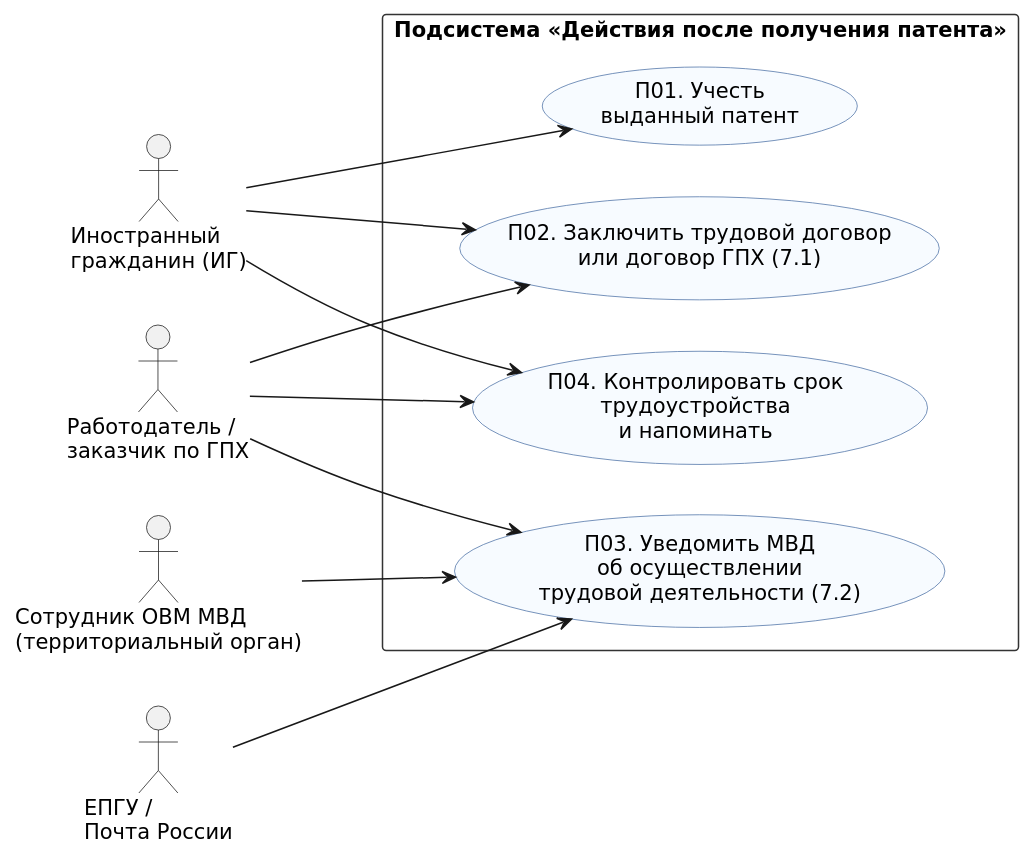
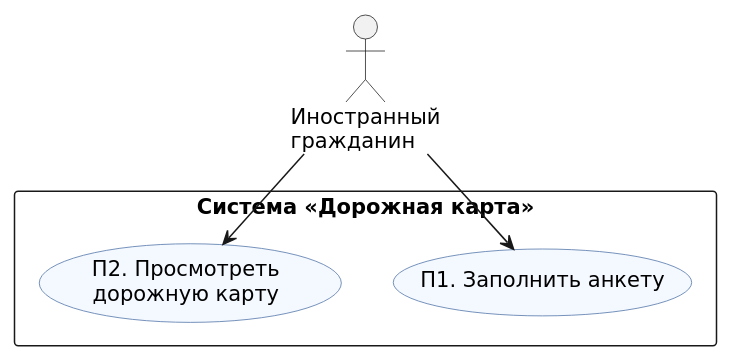
Before and after one commit to mflkee/fms-course: the diagram in lab1-usecases/usecase-diagram.puml, drawn with PlantUML. The commit also changed 10 other files, not shown here.

Commit message:
лаб. 1 (v2): 1 актор, 2 прецедента — анкета и дорожная карта, без каннибализации обязанностей

```diff
--- a/lab1-usecases/usecase-diagram.puml
+++ b/lab1-usecases/usecase-diagram.puml
@@ -1,50 +1,20 @@
 @startuml usecase-diagram
-' Диаграмма прецедентов: подсистема «Действия после получения патента» (тема 7 дорожной карты)
-' 4 прецедента (П01–П04), 4 актора (A1–A4). Отношений include/extend нет:
-' прецеденты независимы, связь между ними — только через предусловия (см. usecase-diagram.md).
-' Рендер: plantuml usecase-diagram.puml   (или расширение PlantUML в IDE)
-' Проверка: plantuml -checkonly usecase-diagram.puml
-
-left to right direction
-skinparam packageStyle rectangle
+' Лаб. 1: диаграмма прецедентов. Один актор, два прецедента.
+' Граница системы: система только собирает анкету и показывает дорожную карту.
+skinparam defaultFontName "DejaVu Sans"
 skinparam shadowing false
-skinparam defaultFontName "DejaVu Sans"
-skinparam nodesep 34
-skinparam ranksep 70
 skinparam usecase {
-  BackgroundColor #F7FBFF
+  BackgroundColor #F4F8FF
   BorderColor #4A6FA5
 }
-skinparam rectangle {
-  BackgroundColor #FFFFFF
-  BorderColor #333333
+
+actor "Иностранный\nгражданин" as IG
+
+rectangle "Система «Дорожная карта»" {
+  usecase "П1. Заполнить анкету" as P1
+  usecase "П2. Просмотреть\nдорожную карту" as P2
 }
 
-' --- Основные исполнители ---
-actor "Иностранный\nгражданин (ИГ)" as CIT
-actor "Работодатель /\nзаказчик по ГПХ" as EMP
-
-' --- Вспомогательные исполнители ---
-actor "Сотрудник ОВМ МВД\n(территориальный орган)" as MVD
-actor "ЕПГУ /\nПочта России" as CHANNEL
-
-rectangle "Подсистема «Действия после получения патента»" as SYS {
-  usecase "П01. Учесть\nвыданный патент" as UC01
-  usecase "П02. Заключить трудовой договор\nили договор ГПХ (7.1)" as UC02
-  usecase "П03. Уведомить МВД\nоб осуществлении\nтрудовой деятельности (7.2)" as UC03
-  usecase "П04. Контролировать срок\nтрудоустройства\nи напоминать" as UC04
-}
-
-' --- ассоциации ---
-CIT --> UC01
-CIT --> UC02
-CIT --> UC04
-
-EMP --> UC02
-EMP --> UC03
-EMP --> UC04
-
-MVD --> UC03
-CHANNEL --> UC03
-
+IG --> P1
+IG --> P2
 @enduml
```
